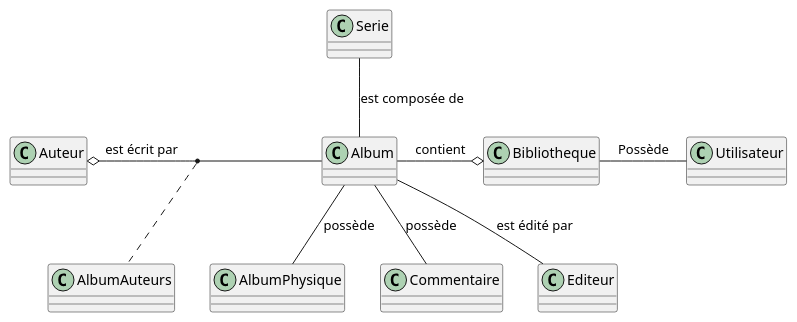
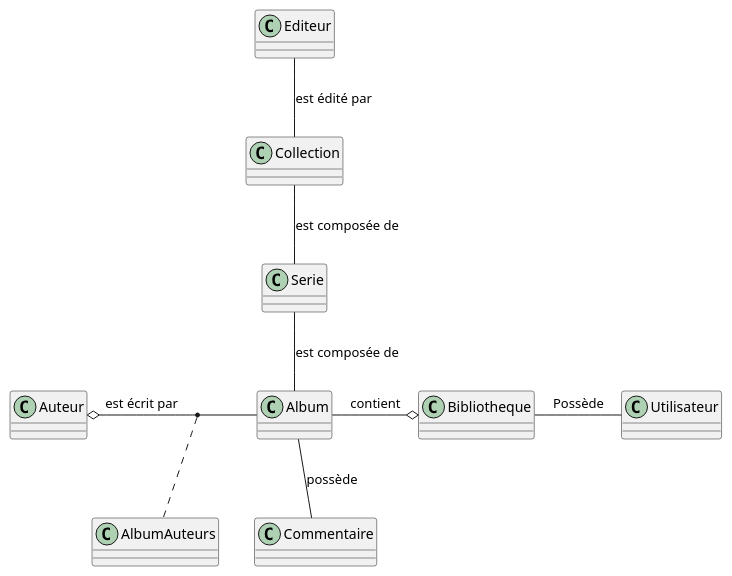
Before and after one commit to CiGit-Franck/java: the diagram in src/main/java/fty/uml/BibliothequeBD-MCD.puml, drawn with PlantUML. The commit also changed 1 other file, not shown here.

```diff
--- a/src/main/java/fty/uml/BibliothequeBD-MCD.puml
+++ b/src/main/java/fty/uml/BibliothequeBD-MCD.puml
@@ -1,10 +1,10 @@
 @startuml
 Bibliotheque - Utilisateur : Possède
 Album -o Bibliotheque : contient 
+Editeur -- Collection : est édité par
+Collection -- Serie : est composée de
 Serie -- Album : est composée de 
 Auteur o- Album : est écrit par 
 (Album, Auteur) .. AlbumAuteurs
-Album -- Editeur : est édité par
-Album -- AlbumPhysique : possède
 Album -- Commentaire : possède
 @enduml
```
